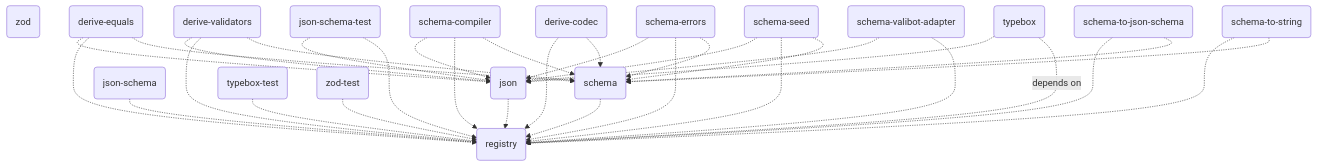
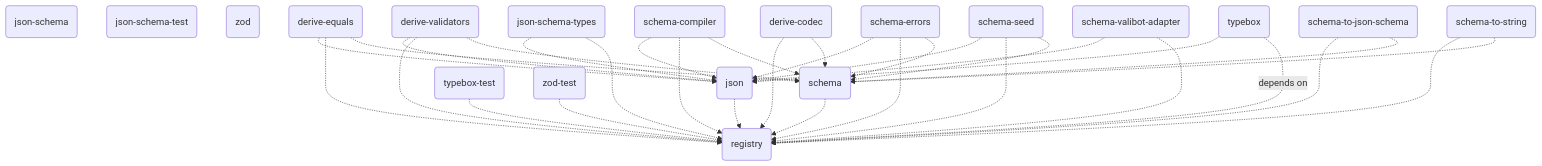
Before and after one commit to traversable/schema: the diagram in README.md, drawn with Mermaid. The commit also changed 24 other files, not shown here.

Commit message:
init(json-schema-types): initializes `@traversable/json-schema-types` package

````diff
--- a/README.md
+++ b/README.md
@@ -497,37 +497,38 @@
 ```mermaid
 flowchart TD
+    json-schema(json-schema)
+    json-schema-test(json-schema-test)
     registry(registry)
     zod(zod)
     json(json) -.-> registry(registry)
-    json-schema(json-schema) -.-> registry(registry)
     schema(schema) -.-> registry(registry)
     typebox-test(typebox-test) -.-> registry(registry)
     zod-test(zod-test) -.-> registry(registry)
     derive-codec(derive-codec) -.-> registry(registry)
     derive-codec(derive-codec) -.-> schema(schema)
     derive-equals(derive-equals) -.-> json(json)
     derive-equals(derive-equals) -.-> registry(registry)
     derive-equals(derive-equals) -.-> schema(schema)
     derive-validators(derive-validators) -.-> json(json)
     derive-validators(derive-validators) -.-> registry(registry)
     derive-validators(derive-validators) -.-> schema(schema)
-    json-schema-test(json-schema-test) -.-> json(json)
-    json-schema-test(json-schema-test) -.-> registry(registry)
+    json-schema-types(json-schema-types) -.-> json(json)
+    json-schema-types(json-schema-types) -.-> registry(registry)
     schema-compiler(schema-compiler) -.-> json(json)
     schema-compiler(schema-compiler) -.-> registry(registry)
     schema-compiler(schema-compiler) -.-> schema(schema)
     schema-errors(schema-errors) -.-> json(json)
     schema-errors(schema-errors) -.-> registry(registry)
     schema-errors(schema-errors) -.-> schema(schema)
     schema-seed(schema-seed) -.-> json(json)
     schema-seed(schema-seed) -.-> registry(registry)
     schema-seed(schema-seed) -.-> schema(schema)
     schema-to-json-schema(schema-to-json-schema) -.-> registry(registry)
     schema-to-json-schema(schema-to-json-schema) -.-> schema(schema)
     schema-to-string(schema-to-string) -.-> registry(registry)
     schema-to-string(schema-to-string) -.-> schema(schema)
     schema-valibot-adapter(schema-valibot-adapter) -.-> json(json)
     schema-valibot-adapter(schema-valibot-adapter) -.-> registry(registry)
     typebox(typebox) -.-> json(json)
     typebox(typebox) -.depends on.-> registry(registry)
 ```
````
